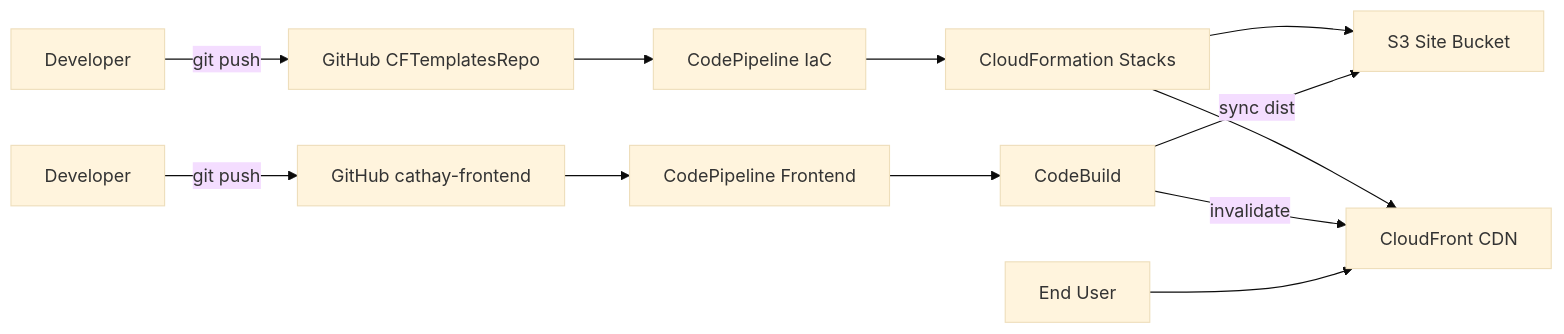
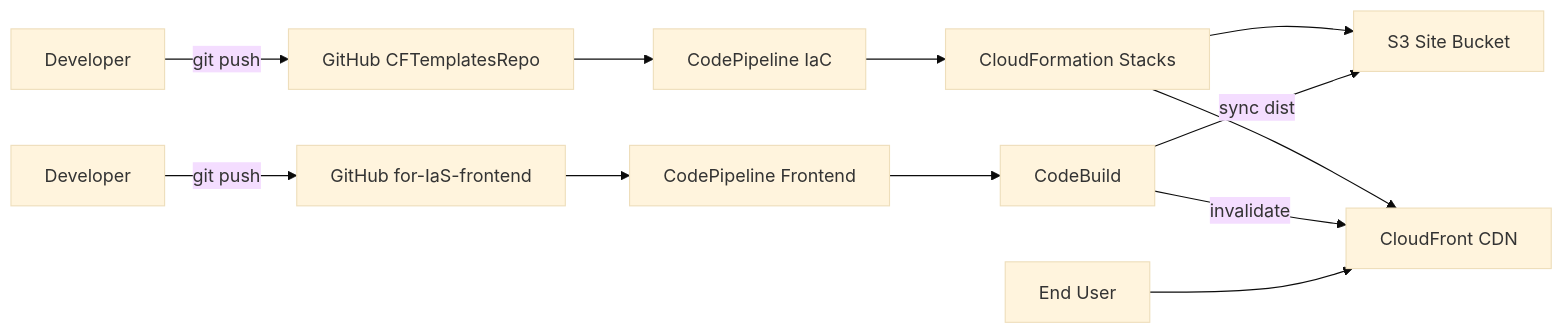
The diagram in README.md (fanfan0412/CFTemplatesRepo), drawn with Mermaid (base theme) before and after one commit. The commit also changed other lines of this file, not shown here.

````diff
--- a/README.md
+++ b/README.md
@@ -118,16 +118,16 @@
 ```mermaid
 graph LR
   Dev1[Developer] -->|git push| GH1[GitHub CFTemplatesRepo]
   GH1 --> CP1[CodePipeline IaC]
   CP1 --> CFN[CloudFormation Stacks]
   CFN --> S3[S3 Site Bucket]
   CFN --> CF[CloudFront CDN]
 
-  Dev2[Developer] -->|git push| GH2[GitHub cathay-frontend]
+  Dev2[Developer] -->|git push| GH2[GitHub for-IaS-frontend]
   GH2 --> CP2[CodePipeline Frontend]
   CP2 --> CB[CodeBuild]
   CB -->|sync dist| S3
   CB -->|invalidate| CF
 
   User[End User] --> CF
 ```
````
